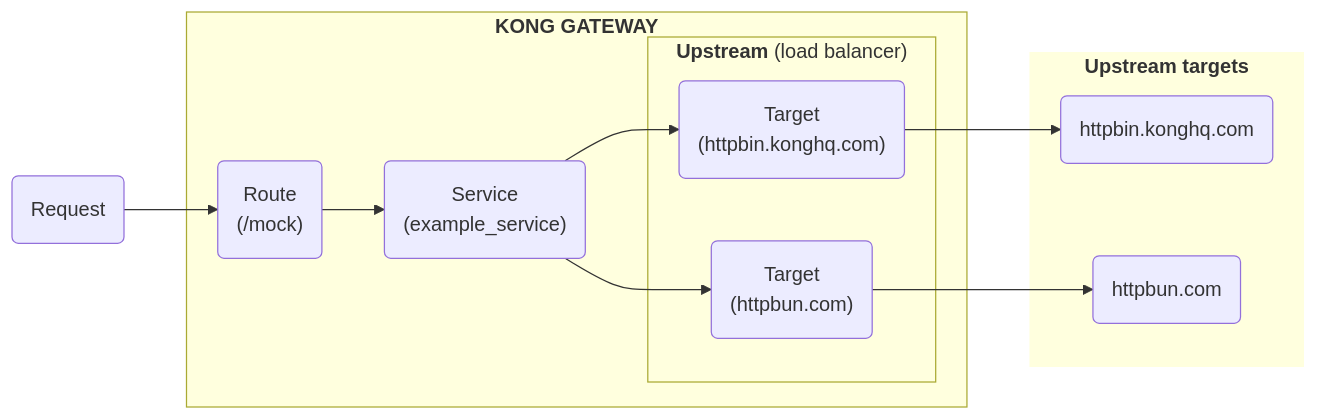
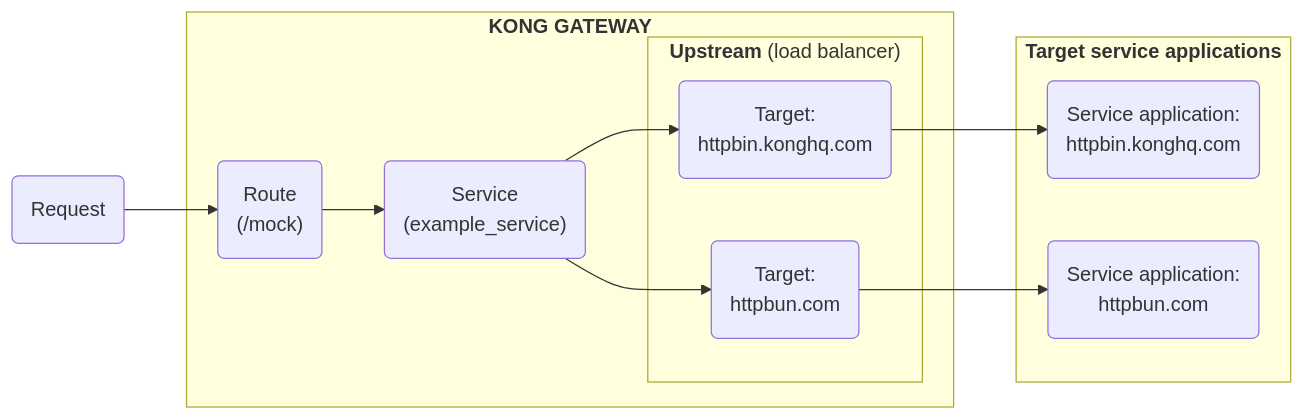
One commit to Kong/developer.konghq.com changed the diagram in app/_includes/entities/upstreams-targets-diagram.md. Above: the diagram before and after it, drawn with Mermaid. The commit also changed 1 other file, not shown here.

Commit message:
apply reviewer feedback

```diff
--- a/app/_includes/entities/upstreams-targets-diagram.md
+++ b/app/_includes/entities/upstreams-targets-diagram.md
@@ -3,33 +3,35 @@
 {% mermaid %}
 flowchart LR
 
   A("Request")
   B("`Route 
   (/mock)`")
   C("`Service
   (example_service)`")
-  D("Target
-  (httpbin.konghq.com)")
-  E("Target
-  (httpbun.com)")
-  F(httpbin.konghq.com)
-  G(httpbun.com)
+  D("Target:
+  httpbin.konghq.com")
+  E("Target:
+  httpbun.com")
+  F(Service application:
+  httpbin.konghq.com)
+  G(Service application:
+  httpbun.com)
 
   A --> B
   subgraph id1 ["`**KONG GATEWAY**`"]
     B --> C --> D & E
   subgraph id3 ["`**Upstream** (load balancer)`"]
   
     D & E
   end
 
   end
 
-  subgraph id2 ["`**Upstream targets**`"]
+  subgraph id2 ["`**Target service applications**`"]
     D --> F
     E --> G
 
   end
 
-  style id2 stroke:none
+  style id2 stroke:none!important
 {% endmermaid %}
```
